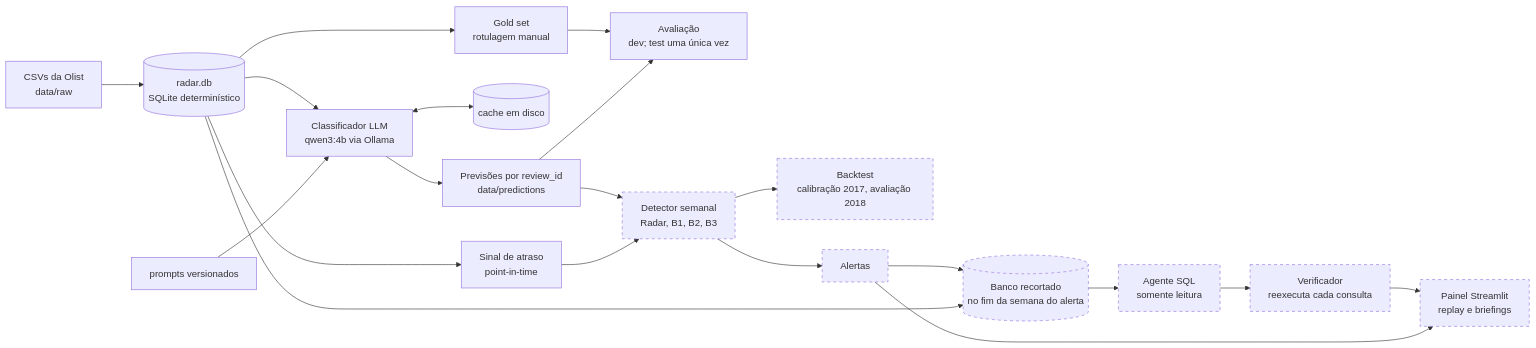
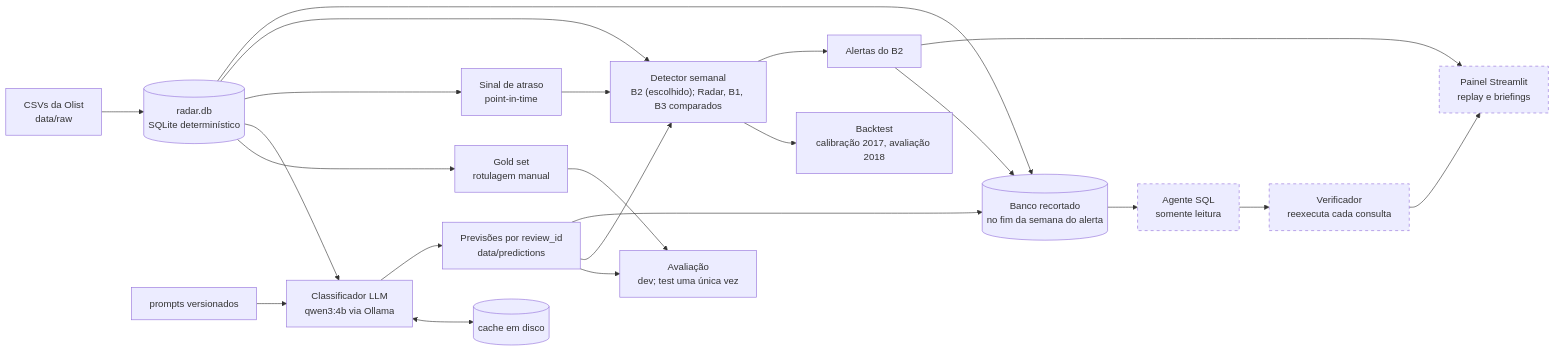
The diagram in README.md (Hasten-Coubath/radar-operacional), drawn with Mermaid before and after one commit. The commit also changed other lines of this file and 2 other files, not shown here.

Commit message:
README: manchete honesta (B2 detecta, IA explica), resultados do backtest com a curva, limitações e Fase 8 em andamento

````diff
--- a/README.md
+++ b/README.md
@@ -43,25 +60,27 @@
 ```mermaid
 flowchart LR
     raw["CSVs da Olist<br/>data/raw"] --> db[("radar.db<br/>SQLite determinístico")]
     db --> gold["Gold set<br/>rotulagem manual"]
     db --> clf["Classificador LLM<br/>qwen3:4b via Ollama"]
     prompts["prompts versionados"] --> clf
     clf <--> cache[("cache em disco")]
     clf --> preds["Previsões por review_id<br/>data/predictions"]
     gold --> evalc["Avaliação<br/>dev; test uma única vez"]
     preds --> evalc
     db --> pit["Sinal de atraso<br/>point-in-time"]
-    preds --> det["Detector semanal<br/>Radar, B1, B2, B3"]
+    db --> det["Detector semanal<br/>B2 (escolhido); Radar, B1, B3 comparados"]
+    preds --> det
     pit --> det
     det --> bt["Backtest<br/>calibração 2017, avaliação 2018"]
-    det --> alerts["Alertas"]
+    det --> alerts["Alertas do B2"]
     alerts --> snap[("Banco recortado<br/>no fim da semana do alerta")]
     db --> snap
+    preds --> snap
     snap --> agent["Agente SQL<br/>somente leitura"]
     agent --> ver["Verificador<br/>reexecuta cada consulta"]
     ver --> panel["Painel Streamlit<br/>replay e briefings"]
     alerts --> panel
 
     classDef andamento stroke-dasharray: 5 5
-    class det,bt,alerts,snap,agent,ver,panel andamento
+    class agent,ver,panel andamento
 ```
````
